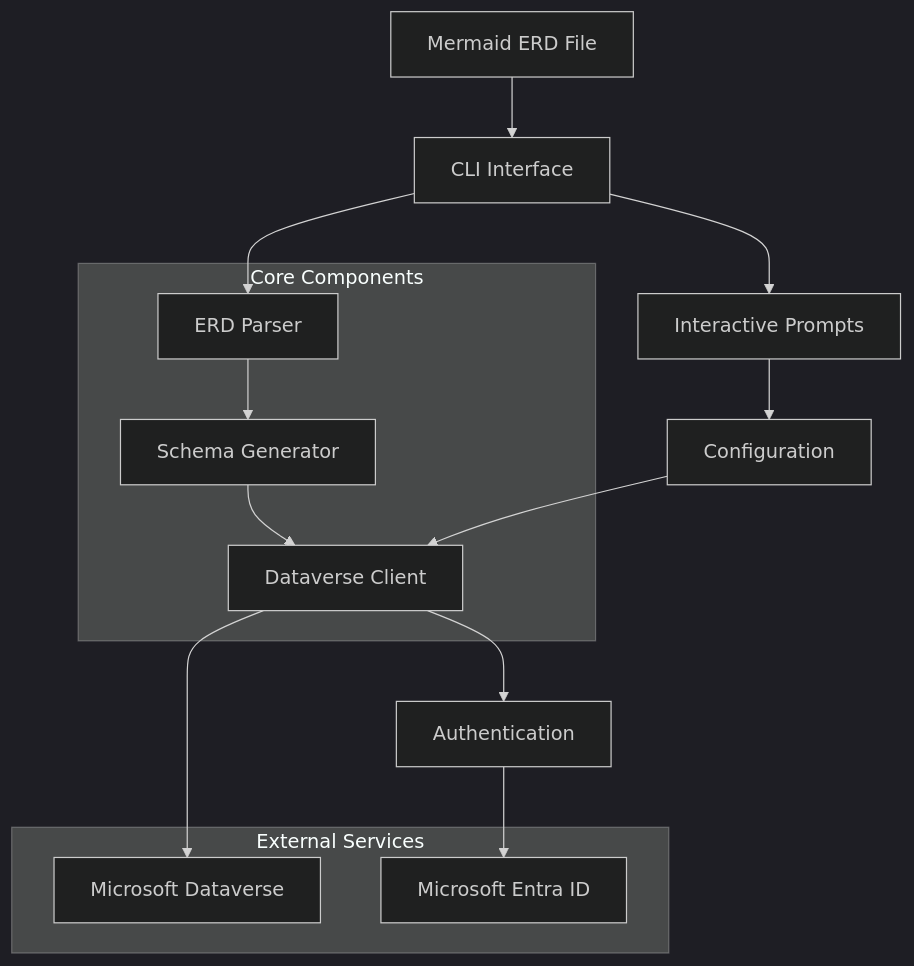
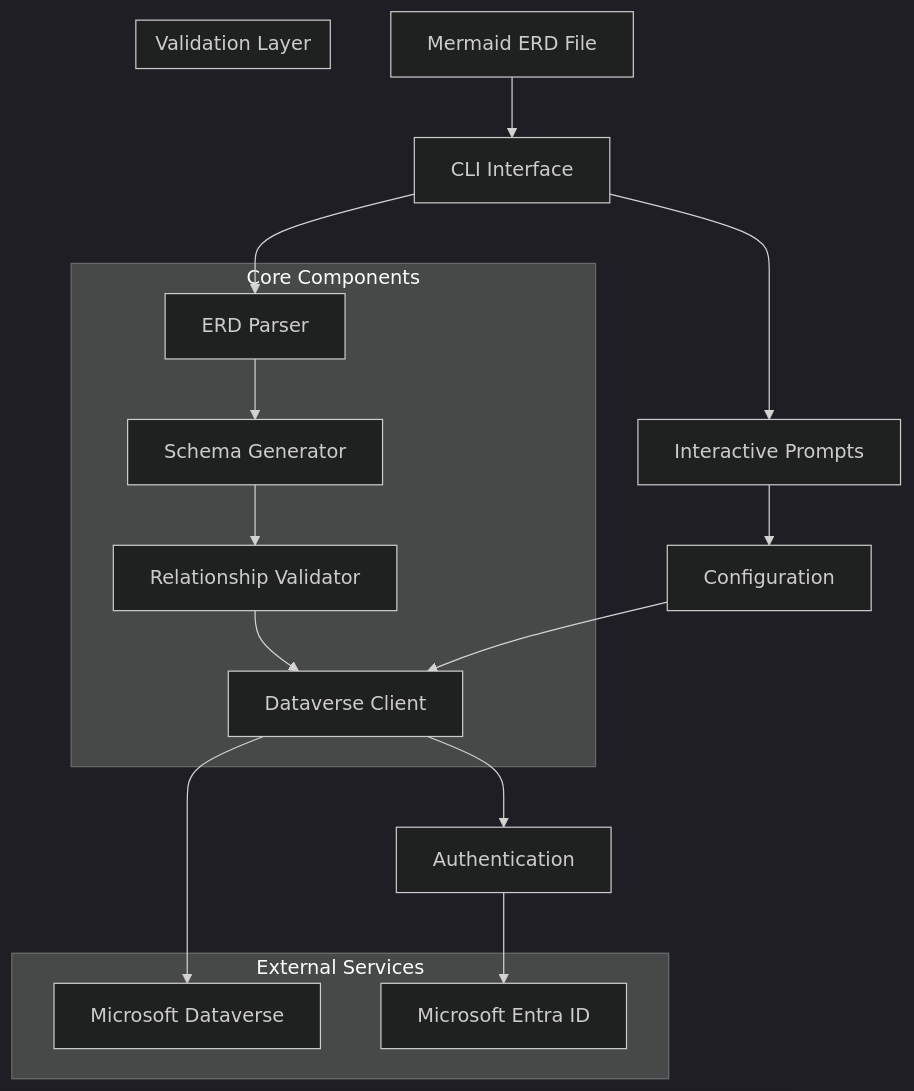
The first of 3 diagrams in docs/ARCHITECTURE.md (LuiseFreese/mermaid), drawn with Mermaid (dark theme) before and after one commit. The commit also changed other lines of this file and 12 other files, not shown here.

````diff
--- a/docs/ARCHITECTURE.md
+++ b/docs/ARCHITECTURE.md
@@ -5,26 +5,32 @@
 ```mermaid
 graph TB
     A[Mermaid ERD File] --> B[CLI Interface]
     B --> C[ERD Parser]
     C --> D[Schema Generator]
-    D --> E[Dataverse Client]
-    E --> F[Microsoft Dataverse]
+    D --> E[Relationship Validator]
+    E --> F[Dataverse Client]
+    F --> G[Microsoft Dataverse]
     
-    B --> G[Interactive Prompts]
-    G --> H[Configuration]
-    H --> E
+    B --> H[Interactive Prompts]
+    H --> I[Configuration]
+    I --> F
     
-    E --> I[Authentication]
-    I --> J[Microsoft Entra ID]
+    F --> J[Authentication]
+    J --> K[Microsoft Entra ID]
     
     subgraph "Core Components"
         C
         D
         E
+        F
     end
     
     subgraph "External Services"
-        F
-        J
+        G
+        K
+    end
+    
+    subgraph "Validation Layer"
+        E
     end
 ```
````
